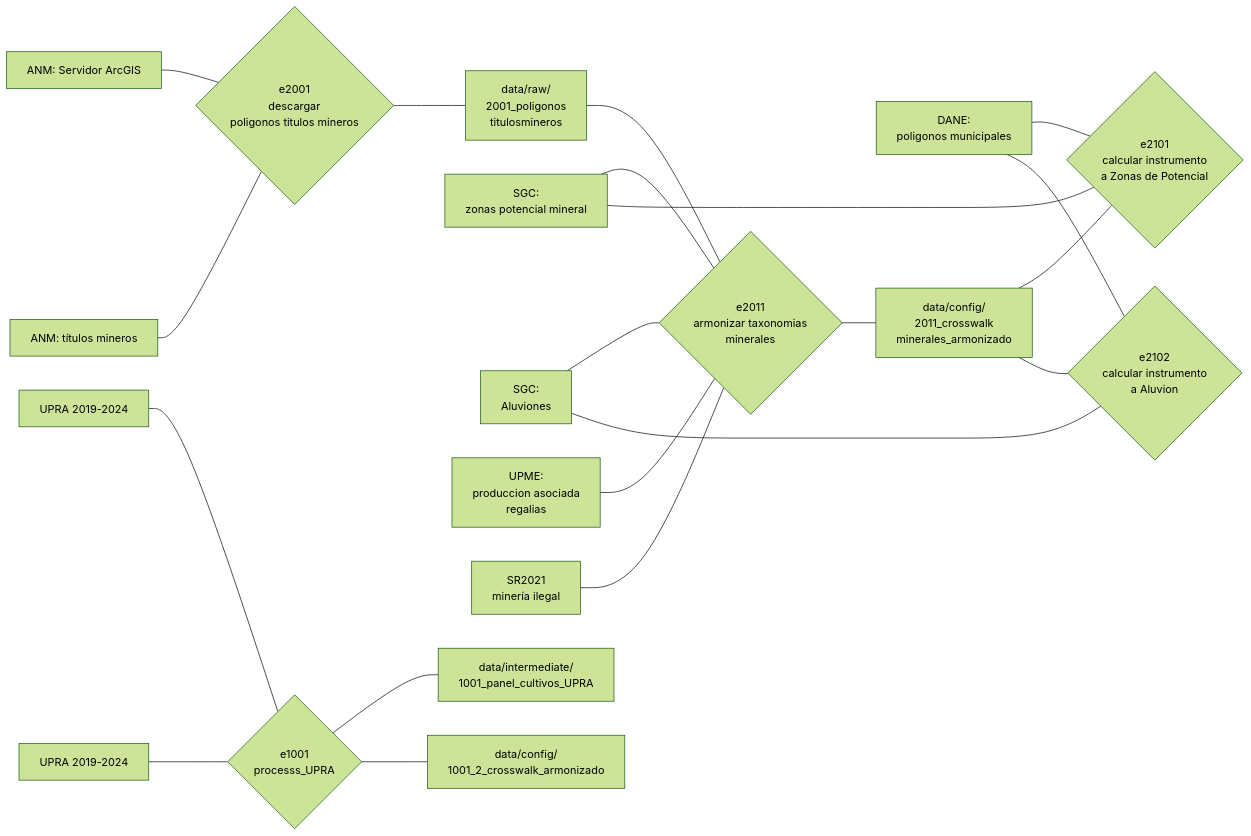
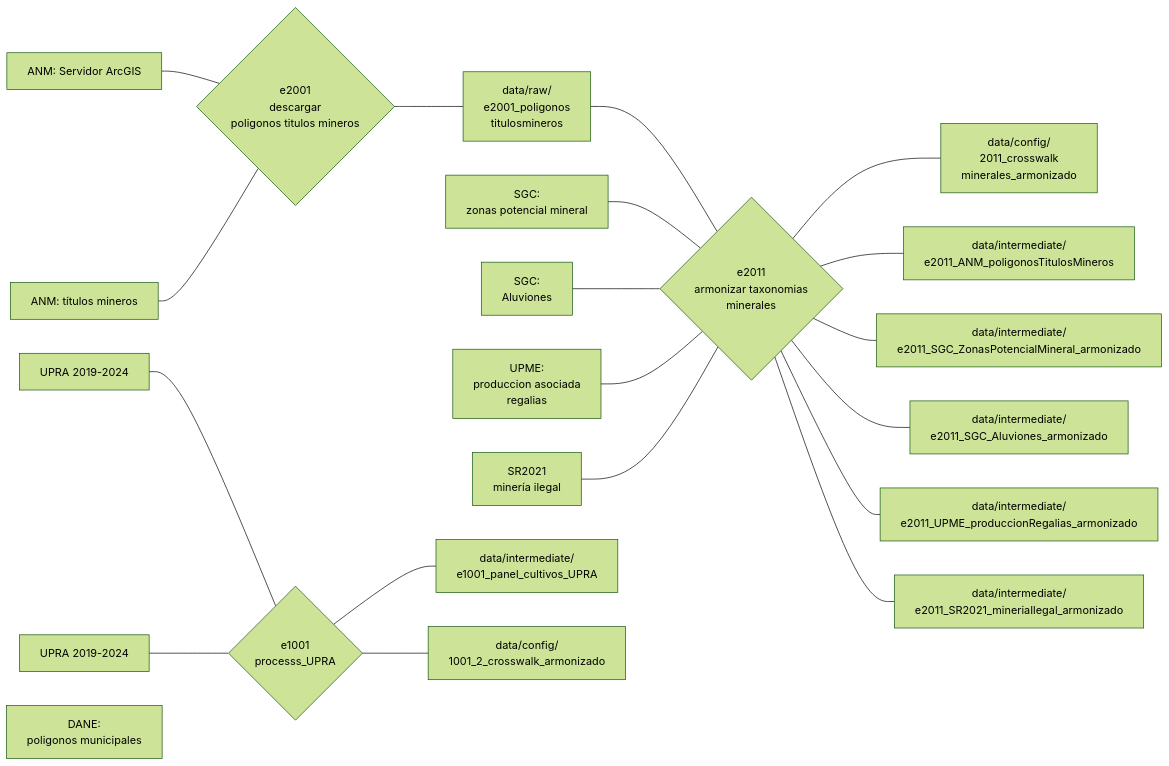
The diagram in README.md (JC-AlfonsoR/PEG-mining-agriculture), drawn with Mermaid (forest theme) before and after one commit. The commit also changed 13 other files, not shown here.

````diff
--- a/README.md
+++ b/README.md
@@ -7,8 +7,8 @@
 UPRA_nuevo[UPRA 2019-2024]
 ANM_web[ANM: Servidor ArcGIS]
 ANM_titulos_mineros[ANM: títulos mineros]
-2001_poligonos_titulosmineros[data/raw/
-2001_poligonos
+e2001_poligonos_titulosmineros[data/raw/
+e2001_poligonos
 titulosmineros]
 SGC_zonas_potencial[SGC:
 zonas potencial mineral]
@@ -23,9 +23,18 @@
 poligonos municipales]
 
 %% Bases de datos intermedias
-1001_panel_cultivos_UPRA[data/intermediate/
-1001_panel_cultivos_UPRA]
-
+e1001_panel_cultivos_UPRA[data/intermediate/
+e1001_panel_cultivos_UPRA]
+e2011_poligonos_titulosmineros_armonizado[data/intermediate/
+e2011_ANM_poligonosTitulosMineros]
+e2011_SGC_ZonasPotencialMineral_armonizado[data/intermediate/
+e2011_SGC_ZonasPotencialMineral_armonizado]
+e2011_SGC_Aluviones_armonizado[data/intermediate/
+e2011_SGC_Aluviones_armonizado]
+e2011_UPME_produccionRegalias[data/intermediate/
+e2011_UPME_produccionRegalias_armonizado]
+e2011_SR2021_mineriaIlegal[data/intermediate/
+e2011_SR2021_mineriaIlegal_armonizado]
 
 %% archivos de configuracion
 1001_2_crosswalk_armonizado[data/config/
@@ -44,12 +53,7 @@
 e2011_armonizar_taxonomias_minerales{e2011
 armonizar taxonomias
 minerales}
-e2101_calcular_instrumento_potencial{e2101
-calcular instrumento 
-a Zonas de Potencial}
-e2102_calcular_instrumento_aluvion{e2102
-calcular instrumento 
-a Aluvion}
+
 
 
 %% conexiones
@@ -58,31 +62,26 @@
 %% e1001_processs_UPRA
 UPRA_antiguo---e1001_processs_UPRA
 UPRA_nuevo---e1001_processs_UPRA
-e1001_processs_UPRA---1001_panel_cultivos_UPRA
+e1001_processs_UPRA---e1001_panel_cultivos_UPRA
 e1001_processs_UPRA---1001_2_crosswalk_armonizado
 
 
 %% e2001_descargar_poligonostitulosmineros
 ANM_web---e2001_descargar_poligonostitulosmineros
 ANM_titulos_mineros---e2001_descargar_poligonostitulosmineros
-e2001_descargar_poligonostitulosmineros---2001_poligonos_titulosmineros
+e2001_descargar_poligonostitulosmineros---e2001_poligonos_titulosmineros
 
 %% e2011_armonizar_taxonomias_minerales
-2001_poligonos_titulosmineros---e2011_armonizar_taxonomias_minerales
+e2001_poligonos_titulosmineros---e2011_armonizar_taxonomias_minerales
 SGC_zonas_potencial---e2011_armonizar_taxonomias_minerales
 SGC_aluviones---e2011_armonizar_taxonomias_minerales
 UPME_produccion_regalias---e2011_armonizar_taxonomias_minerales
 SR2021_mineria_ilegal---e2011_armonizar_taxonomias_minerales
 e2011_armonizar_taxonomias_minerales---2011_crosswalk_minerales_armonizado
-
-%% e2101_calcular_instrumento_potencial
-2011_crosswalk_minerales_armonizado---e2101_calcular_instrumento_potencial
-DANE_poligonos_municipales---e2101_calcular_instrumento_potencial
-SGC_zonas_potencial---e2101_calcular_instrumento_potencial
-
-%% e2102_calcular_instrumento_aluvion
-2011_crosswalk_minerales_armonizado---e2102_calcular_instrumento_aluvion
-DANE_poligonos_municipales---e2102_calcular_instrumento_aluvion
-SGC_aluviones---e2102_calcular_instrumento_aluvion
+e2011_armonizar_taxonomias_minerales---e2011_poligonos_titulosmineros_armonizado
+e2011_armonizar_taxonomias_minerales---e2011_SGC_ZonasPotencialMineral_armonizado
+e2011_armonizar_taxonomias_minerales---e2011_SGC_Aluviones_armonizado
+e2011_armonizar_taxonomias_minerales---e2011_UPME_produccionRegalias
+e2011_armonizar_taxonomias_minerales---e2011_SR2021_mineriaIlegal
 
 ```
````
